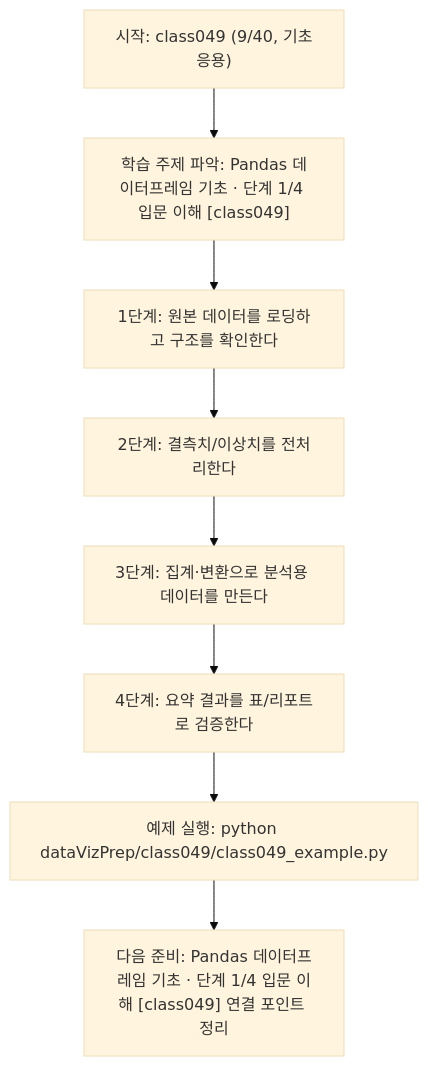
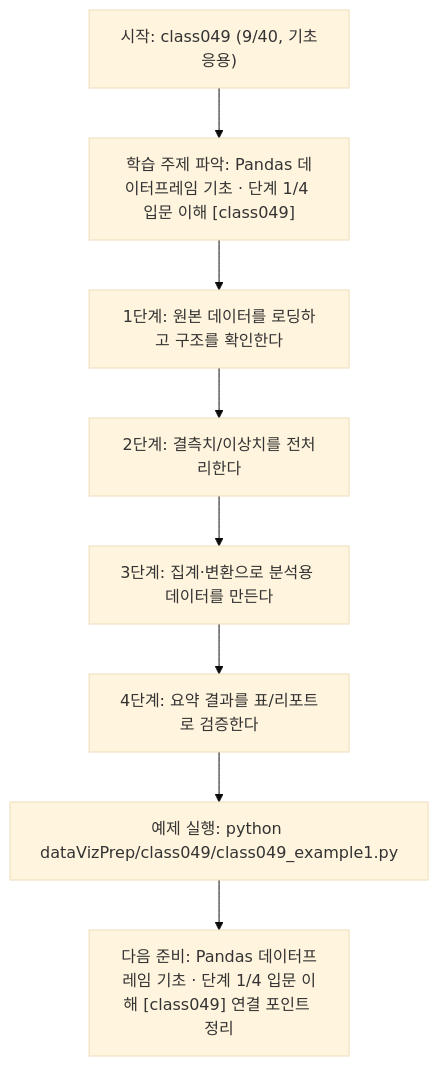
One commit to edumgt/Python-AI_Agent-Class changed the diagram in dataVizPrep/class049/class049.md. Above: the diagram before and after it, drawn with Mermaid (base theme). The commit also changed other lines of this file and 2959 other files, not shown here.

````diff
--- a/dataVizPrep/class049/class049.md
+++ b/dataVizPrep/class049/class049.md
@@ -111,18 +111,18 @@
 ```mermaid
 flowchart TD
 N1["시작: class049 (9/40, 기초응용)"]
 N2["학습 주제 파악: Pandas 데이터프레임 기초 · 단계 1/4 입문 이해 [class049]"]
 N3["1단계: 원본 데이터를 로딩하고 구조를 확인한다"]
 N4["2단계: 결측치/이상치를 전처리한다"]
 N5["3단계: 집계·변환으로 분석용 데이터를 만든다"]
 N6["4단계: 요약 결과를 표/리포트로 검증한다"]
-N7["예제 실행: python dataVizPrep/class049/class049_example.py"]
+N7["예제 실행: python dataVizPrep/class049/class049_example1.py"]
 N8["다음 준비: Pandas 데이터프레임 기초 · 단계 1/4 입문 이해 [class049] 연결 포인트 정리"]
 N1 --> N2
 N2 --> N3
 N3 --> N4
 N4 --> N5
 N5 --> N6
 N6 --> N7
 N7 --> N8
 ```
````
